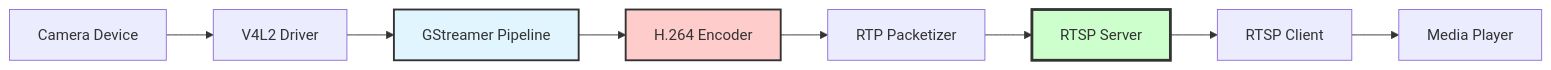
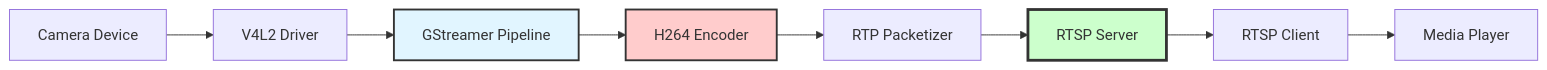
One commit to JayeshKakkad-Rotoclear/Rotoclear-C-Pro-Docs changed the diagram in docs/api/rtsp-streaming.md. Above: the diagram before and after it, drawn with Mermaid. The commit also changed 12 other files, not shown here.

Commit message:
Fix all Mermaid diagrams with proper complete labels - Fixed text bundling issues by using proper full labels - Removed overly abbreviated text that caused code formatting - All node labels now properly display without being truncated - Maintained readability while ensuring proper Mermaid parsing

````diff
--- a/docs/api/rtsp-streaming.md
+++ b/docs/api/rtsp-streaming.md
@@ -9,14 +9,14 @@
 ```mermaid
 graph LR
     A[Camera Device] --> B[V4L2 Driver]
     B --> C[GStreamer Pipeline]
-    C --> D[H.264 Encoder]
+    C --> D[H264 Encoder]
     D --> E[RTP Packetizer]
     E --> F[RTSP Server]
     F --> G[RTSP Client]
     G --> H[Media Player]
     
     style C fill:#e1f5ff,stroke:#333,stroke-width:2px
     style D fill:#ffcccc,stroke:#333,stroke-width:2px
     style F fill:#ccffcc,stroke:#333,stroke-width:3px
 ```
````
